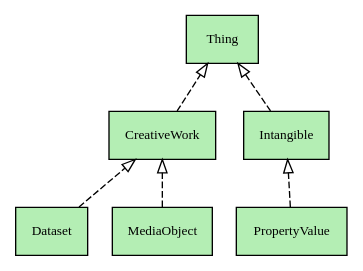
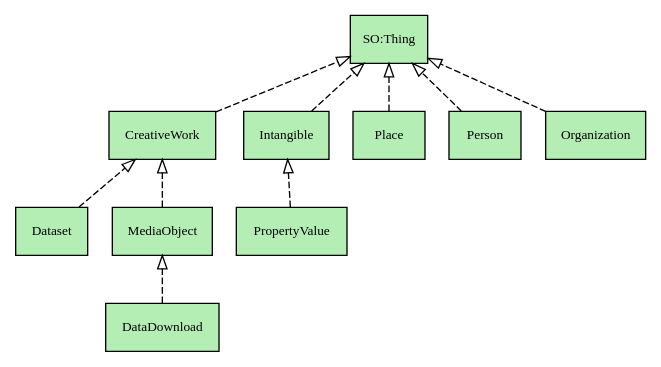
The diagram in docsource/source/index.rst (datadavev/sotools), drawn with Graphviz before and after one commit. The commit also changed 4 other files, not shown here.

```diff
--- a/docsource/source/index.rst
+++ b/docsource/source/index.rst
@@ -15,21 +15,28 @@
 .. graphviz::
 
    digraph foo {
       rankdir="BT";
       graph [fontname="avenir", fontsize=10];
-      node [fontname="avenir", fontsize=10];
-      edge [fontname="avenir", fontsize=10];
-      Thing [shape=rectangle, style=filled, fillcolor=darkseagreen2];
-      CreativeWork [shape=rectangle, style=filled, fillcolor=darkseagreen2];
-      Dataset [shape=rectangle, style=filled, fillcolor=darkseagreen2];
-      MediaObject [shape=rectangle, style=filled, fillcolor=darkseagreen2];
-      Intangible [shape=rectangle, style=filled, fillcolor=darkseagreen2];
-      PropertyValue [shape=rectangle, style=filled, fillcolor=darkseagreen2];
+      node [fontname="avenir", fontsize=10, target="_blank" shape=rectangle, style=filled, fillcolor=darkseagreen2];
+      edge [fontname="avenir", fontsize=10, style=dashed, arrowhead=onormal];
+      Thing [label="SO:Thing", href="https://schema.org/Thing"];
+      CreativeWork [href="https://schema.org/CreativeWork"];
+      Dataset [href="https://schema.org/Dataset"];
+      MediaObject [href="https://schema.org/MediaObject"];
+      DataDownload [href="https://schema.org/DataDownload"];
+      Intangible [href="https://schema.org/Intangible"];
+      PropertyValue [href="https://schema.org/PropertyValue"];
+      Place [href="https://schema.org/Place", target="_blank"];
+      Person [href="https://schema.org/Person", target="_blank"];
+      Organization [href="https://schema.org/Organization"];
 
-      CreativeWork -> Thing [style=dashed, arrowhead=onormal];
-      Intangible -> Thing  [style=dashed, arrowhead=onormal];
-      Dataset -> CreativeWork  [style=dashed, arrowhead=onormal];
-      MediaObject -> CreativeWork [style=dashed, arrowhead=onormal];
-      PropertyValue -> Intangible [style=dashed, arrowhead=onormal];
-
+      CreativeWork -> Thing;
+      Intangible -> Thing;
+      Place -> Thing;
+      Person -> Thing;
+      Organization -> Thing;
+      Dataset -> CreativeWork;
+      MediaObject -> CreativeWork;
+      DataDownload -> MediaObject;
+      PropertyValue -> Intangible;
    }
```
